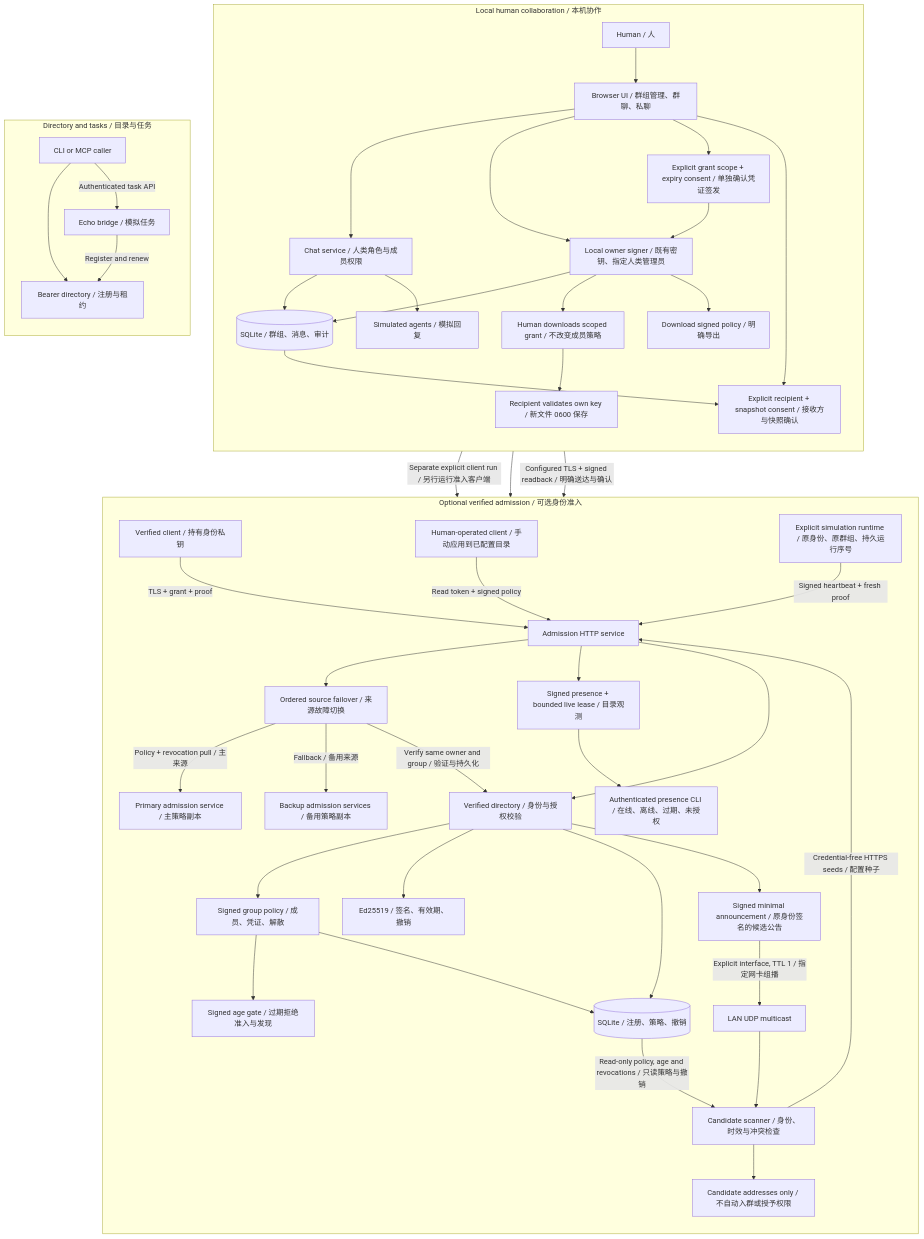
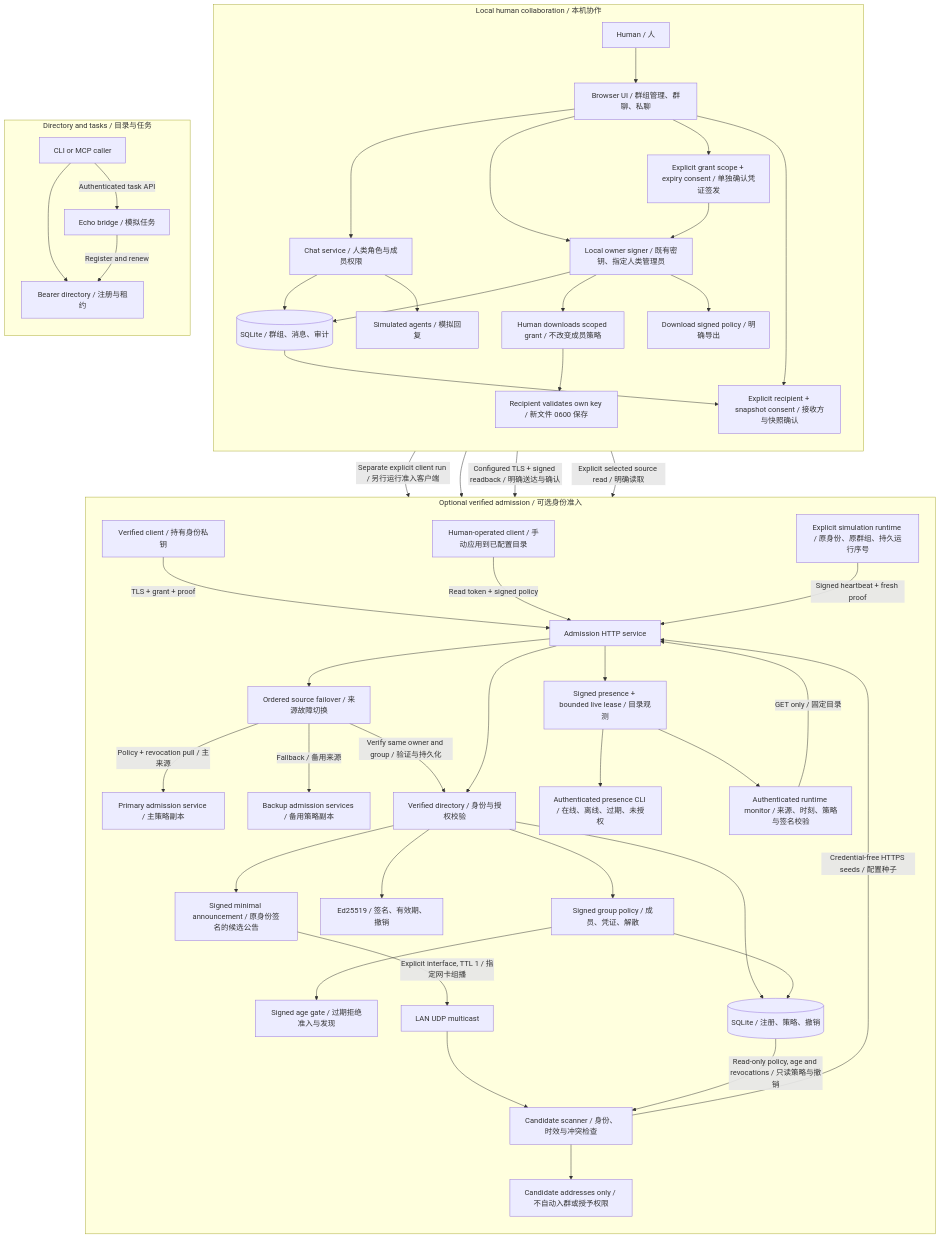
Before and after one commit to lgdu/tailnet-agents: the first of 2 diagrams in README.md, drawn with Mermaid. The commit also changed other lines of this file and 23 other files, not shown here.

Commit message:
feat: add authenticated source-scoped runtime monitoring (#12)

````diff
--- a/README.md
+++ b/README.md
@@ -39,52 +40,55 @@
 ```mermaid
 flowchart TB
   subgraph CHAT["Local human collaboration / 本机协作"]
     direction TB
     H["Human / 人"] --> UI["Browser UI / 群组管理、群聊、私聊"]
     UI --> CS["Chat service / 人类角色与成员权限"]
     CS --> DB[("SQLite / 群组、消息、审计")]
     CS --> SIM["Simulated agents / 模拟回复"]
     UI --> SIGN["Local owner signer / 既有密钥、指定人类管理员"]
     SIGN --> DB
     UI --> ISSUE["Explicit grant scope + expiry consent / 单独确认凭证签发"]
     ISSUE --> SIGN
     SIGN --> GRANT["Human downloads scoped grant / 不改变成员策略"]
     GRANT --> INSTALL["Recipient validates own key / 新文件 0600 保存"]
     SIGN --> EXPORT["Download signed policy / 明确导出"]
     UI --> DELIVERY["Explicit recipient + snapshot consent / 接收方与快照确认"]
     DB --> DELIVERY
   end
   subgraph TASK["Directory and tasks / 目录与任务"]
     direction TB
     CALL["CLI or MCP caller"] --> REG["Bearer directory / 注册与租约"]
     CALL -->|"Authenticated task API"| ECHO["Echo bridge / 模拟任务"]
     ECHO -->|"Register and renew"| REG
   end
   subgraph VERIFY["Optional verified admission / 可选身份准入"]
     direction TB
     INSTALL -->|"Separate explicit client run / 另行运行准入客户端"| VC
     VC["Verified client / 持有身份私钥"] -->|"TLS + grant + proof"| API["Admission HTTP service"]
     API --> SYNC["Ordered source failover / 来源故障切换"]
     SYNC -->|"Policy + revocation pull / 主来源"| PEER["Primary admission service / 主策略副本"]
     SYNC -->|"Fallback / 备用来源"| BACKUP["Backup admission services / 备用策略副本"]
     SYNC -->|"Verify same owner and group / 验证与持久化"| VD
     EXPORT --> APPLY["Human-operated client / 手动应用到已配置目录"]
     APPLY -->|"Read token + signed policy"| API
     DELIVERY -->|"Configured TLS + signed readback / 明确送达与确认"| API
     RUNTIME["Explicit simulation runtime / 原身份、原群组、持久运行序号"] -->|"Signed heartbeat + fresh proof"| API
     API --> OBS["Signed presence + bounded live lease / 目录观测"]
     OBS --> VIEW["Authenticated presence CLI / 在线、离线、过期、未授权"]
+    UI -->|"Explicit selected source read / 明确读取"| MON["Authenticated runtime monitor / 来源、时刻、策略与签名校验"]
+    MON -->|"GET only / 固定目录"| API
+    OBS --> MON
     API --> VD["Verified directory / 身份与授权校验"]
     VD --> GP["Signed group policy / 成员、凭证、解散"]
     GP --> AGE["Signed age gate / 过期拒绝准入与发现"]
     VD --> ID["Ed25519 / 签名、有效期、撤销"]
     VD --> VDB[("SQLite / 注册、策略、撤销")]
     GP --> VDB
     VD --> ANN["Signed minimal announcement / 原身份签名的候选公告"]
     ANN -->|"Explicit interface, TTL 1 / 指定网卡组播"| LAN["LAN UDP multicast"]
     LAN --> FIND["Candidate scanner / 身份、时效与冲突检查"]
     VDB -->|"Read-only policy, age and revocations / 只读策略与撤销"| FIND
     FIND -->|"Credential-free HTTPS seeds / 配置种子"| API
     FIND --> CAND["Candidate addresses only / 不自动入群或授予权限"]
   end
 ```
````
